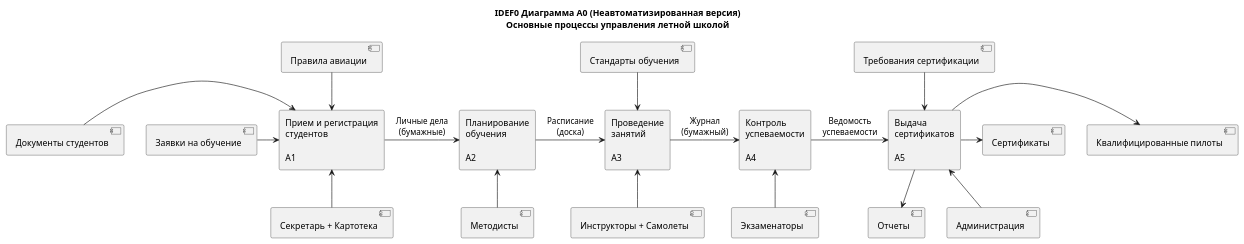
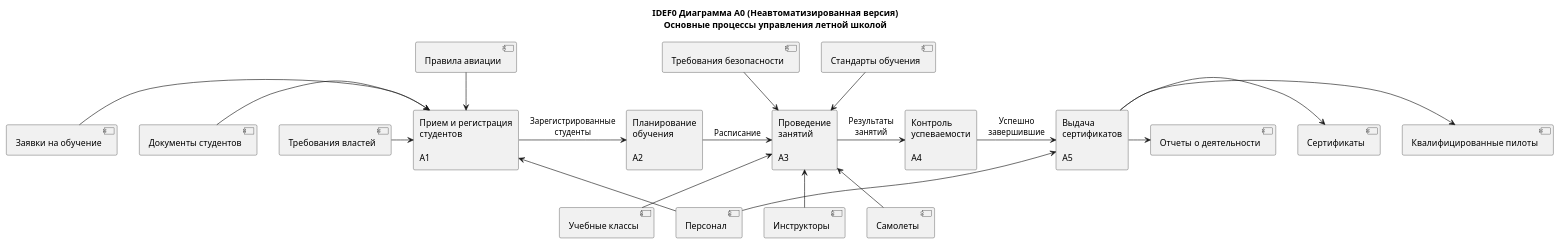
Before and after one commit to oINCLUDEo/Coursework2: the diagram in diagrams/idef0/non-automated/A0_decomposition.puml, drawn with PlantUML. The commit also changed 9 other files, not shown here.

Commit message:
Fix IDEF0 consistency: all elements in child diagrams now come from parent level

```diff
--- a/diagrams/idef0/non-automated/A0_decomposition.puml
+++ b/diagrams/idef0/non-automated/A0_decomposition.puml
@@ -1,38 +1,39 @@
 @startuml A0 Диаграмма декомпозиции (Неавтоматизированная)
 
 title IDEF0 Диаграмма A0 (Неавтоматизированная версия)\nОсновные процессы управления летной школой
 
 rectangle "Прием и регистрация\nстудентов\n\nA1" as A1
 rectangle "Планирование\nобучения\n\nA2" as A2
 rectangle "Проведение\nзанятий\n\nA3" as A3
 rectangle "Контроль\nуспеваемости\n\nA4" as A4
 rectangle "Выдача\nсертификатов\n\nA5" as A5
 
-' Входы - максимум 3
+' Входы - те же что в A-0
 [Заявки на обучение] -right-> A1
 [Документы студентов] -right-> A1
+[Требования властей] -right-> A1
 
 ' Потоки между процессами
-A1 -right-> A2 : Личные дела\n(бумажные)
-A2 -right-> A3 : Расписание\n(доска)
-A3 -right-> A4 : Журнал\n(бумажный)
-A4 -right-> A5 : Ведомость\nуспеваемости
+A1 -right-> A2 : Зарегистрированные\nстуденты
+A2 -right-> A3 : Расписание
+A3 -right-> A4 : Результаты\nзанятий
+A4 -right-> A5 : Успешно\nзавершившие
 
-' Управление - максимум 4
+' Управление - те же что в A-0
 [Правила авиации] -down-> A1
 [Стандарты обучения] -down-> A3
-[Требования сертификации] -down-> A5
+[Требования безопасности] -down-> A3
 
-' Выходы - максимум 4
+' Выходы - те же что в A-0
 A5 -right-> [Квалифицированные пилоты]
 A5 -right-> [Сертификаты]
-A5 -down-> [Отчеты]
+A5 -right-> [Отчеты о деятельности]
 
-' Механизмы - максимум 5
-[Секретарь + Картотека] -up-> A1
-[Методисты] -up-> A2
-[Инструкторы + Самолеты] -up-> A3
-[Экзаменаторы] -up-> A4
-[Администрация] -up-> A5
+' Механизмы - те же что в A-0
+[Инструкторы] -up-> A3
+[Самолеты] -up-> A3
+[Учебные классы] -up-> A3
+[Персонал] -up-> A1
+[Персонал] -up-> A5
 
 @enduml
```
